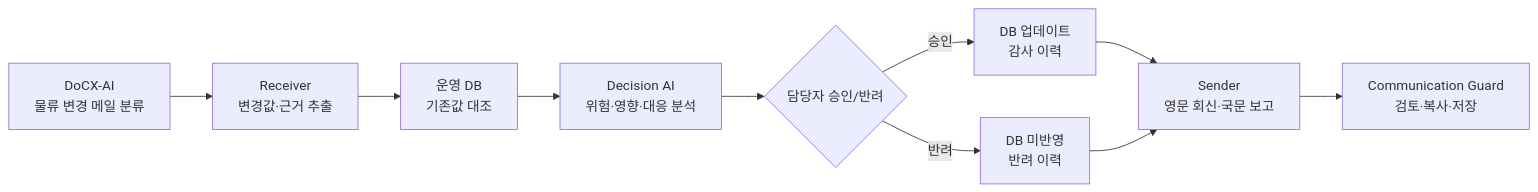
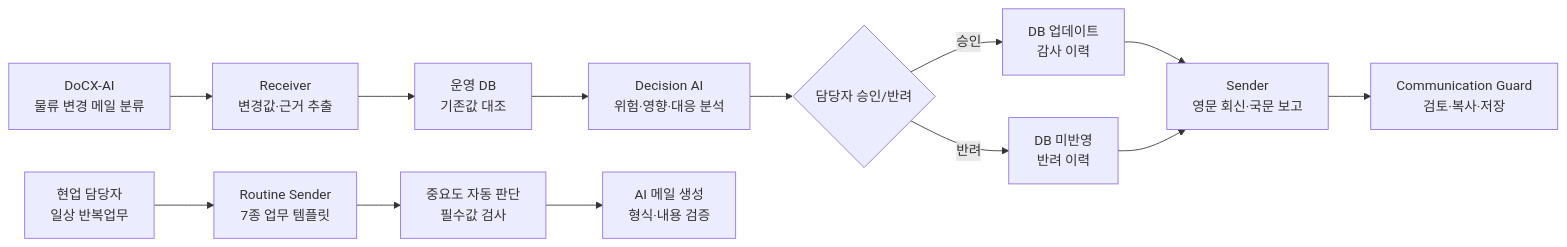
The diagram in docs/PPT_NOTION_CONTENT.md (jeumkim/clovis), drawn with Mermaid before and after one commit. The commit also changed other lines of this file and 2 other files, not shown here.

````diff
--- a/docs/PPT_NOTION_CONTENT.md
+++ b/docs/PPT_NOTION_CONTENT.md
@@ -66,12 +74,15 @@
 ```mermaid
 flowchart LR
     A["DoCX-AI<br/>물류 변경 메일 분류"] --> B["Receiver<br/>변경값·근거 추출"]
     B --> C["운영 DB<br/>기존값 대조"]
     C --> D["Decision AI<br/>위험·영향·대응 분석"]
     D --> E{"담당자 승인/반려"}
     E -->|승인| F["DB 업데이트<br/>감사 이력"]
     E -->|반려| G["DB 미반영<br/>반려 이력"]
     F --> H["Sender<br/>영문 회신·국문 보고"]
     G --> H
     H --> I["Communication Guard<br/>검토·복사·저장"]
+    J["현업 담당자<br/>일상 반복업무"] --> K["Routine Sender<br/>7종 업무 템플릿"]
+    K --> L["중요도 자동 판단<br/>필수값 검사"]
+    L --> M["AI 메일 생성<br/>형식·내용 검증"]
 ```
````
